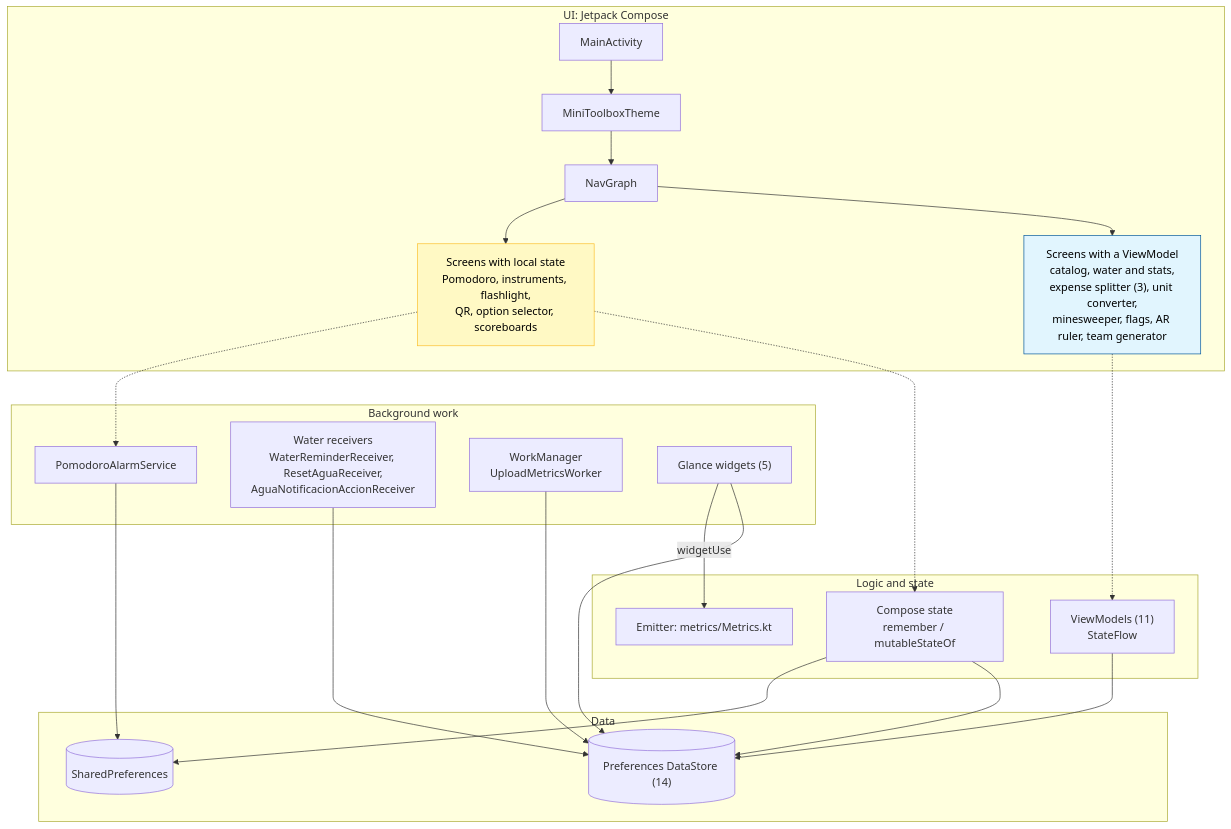
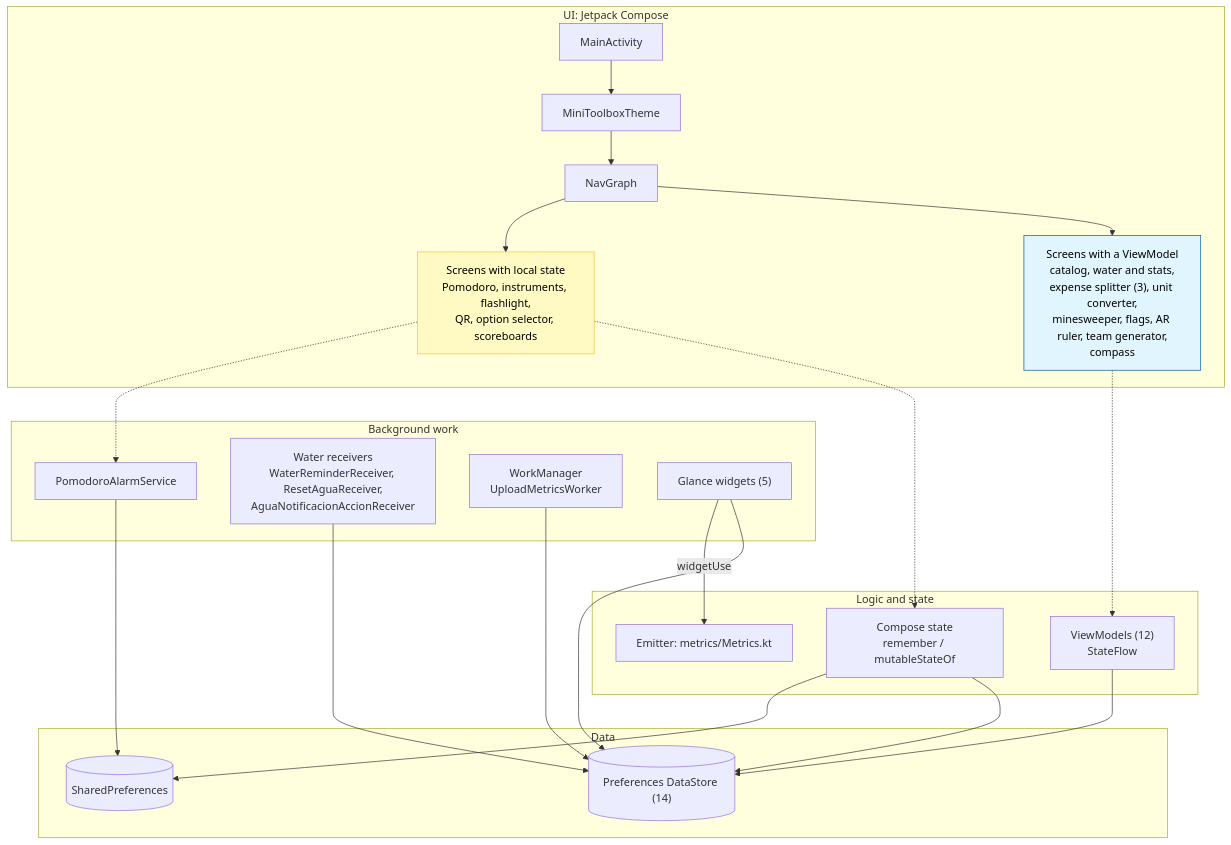
The first of 4 diagrams in docs/architecture.en.md (JoaquinSasso/MiniToolbox), drawn with Mermaid before and after one commit. The commit also changed other lines of this file and 12 other files, not shown here.

````diff
--- a/docs/architecture.en.md
+++ b/docs/architecture.en.md
@@ -22,41 +22,41 @@
 ```mermaid
 flowchart TD
     subgraph UI [UI: Jetpack Compose]
         MA[MainActivity] --> MT[MiniToolboxTheme]
         MT --> NG[NavGraph]
-        NG --> VMS["Screens with a ViewModel<br/>catalog, water and stats,<br/>expense splitter (3), unit converter,<br/>minesweeper, flags, AR ruler, team generator"]
+        NG --> VMS["Screens with a ViewModel<br/>catalog, water and stats,<br/>expense splitter (3), unit converter,<br/>minesweeper, flags, AR ruler, team generator,<br/>compass"]
         NG --> LSS["Screens with local state<br/>Pomodoro, instruments, flashlight,<br/>QR, option selector, scoreboards"]
         style VMS fill:#e1f5fe,stroke:#01579b,color:#000
         style LSS fill:#fff9c4,stroke:#fbc02d,color:#000
     end
 
     subgraph Logic [Logic and state]
-        VM["ViewModels (11)<br/>StateFlow"]
+        VM["ViewModels (12)<br/>StateFlow"]
         CS["Compose state<br/>remember / mutableStateOf"]
         MET["Emitter: metrics/Metrics.kt"]
     end
 
     subgraph Background [Background work]
         PAS[PomodoroAlarmService]
         AR["Water receivers<br/>WaterReminderReceiver, ResetAguaReceiver,<br/>AguaNotificacionAccionReceiver"]
         WM["WorkManager<br/>UploadMetricsWorker"]
         GW["Glance widgets (5)"]
     end
 
     subgraph Data [Data]
         DS[("Preferences DataStore (14)")]
         SP[("SharedPreferences")]
     end
 
     VMS -.-> VM
     LSS -.-> CS
     VM --> DS
     CS --> DS
     CS --> SP
     LSS -.-> PAS
     PAS --> SP
     AR --> DS
     WM --> DS
     GW --> DS
     GW -->|widgetUse| MET
 ```
````
